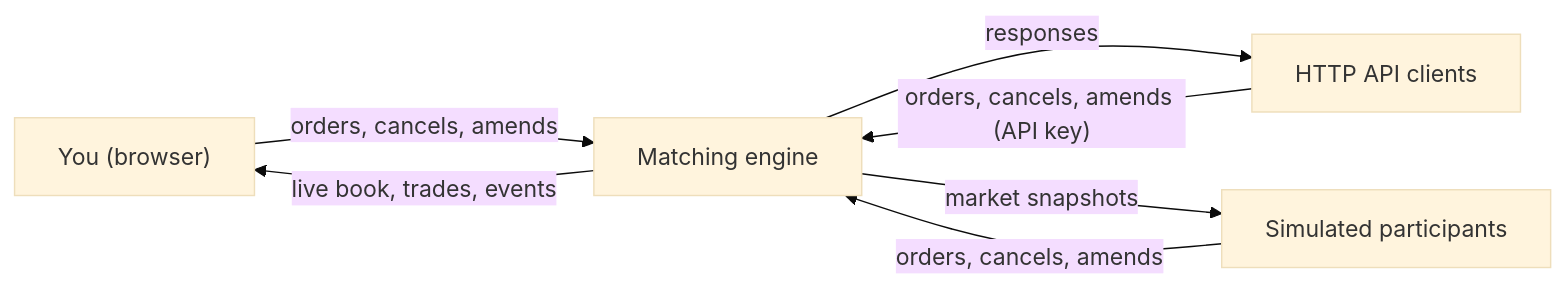
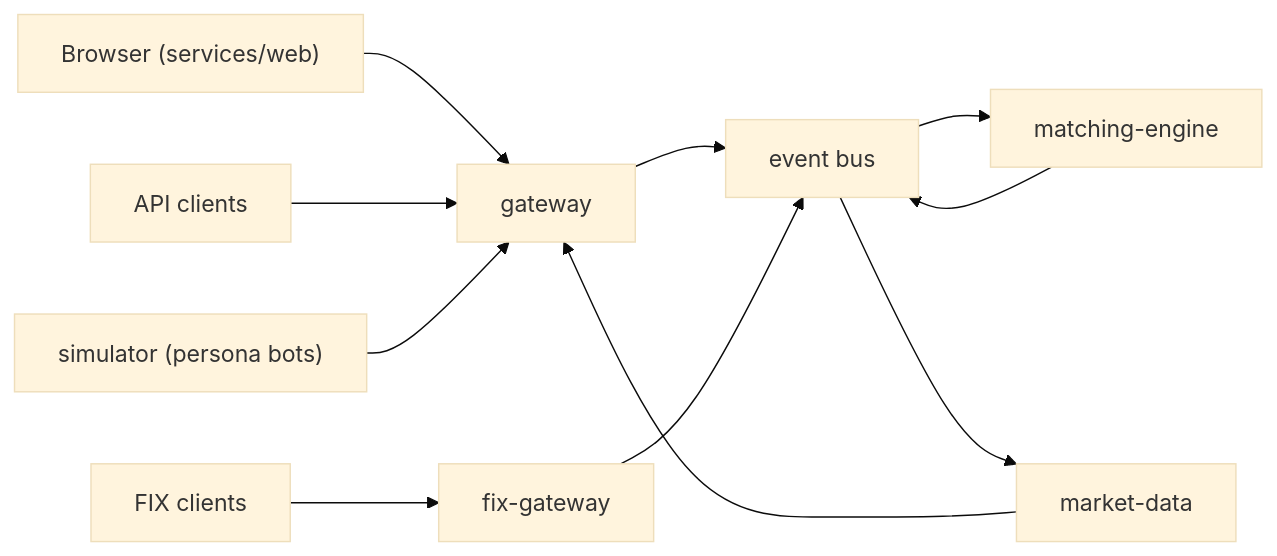
Before and after one commit to arthuryan-k/devin-demo: the diagram in README.md, drawn with Mermaid (base theme). The commit also changed other lines of this file and 1 other file, not shown here.

Commit message:
Docs: end-to-end topology, simulator and FIX gateway; drop the in-process demo

````diff
--- a/README.md
+++ b/README.md
@@ -85,9 +45,13 @@
 ```mermaid
 flowchart LR
-    U["You (browser)"] -- "orders, cancels, amends" --> E
-    A["HTTP API clients"] -- "orders, cancels, amends (API key)" --> E
-    S["Simulated participants"] -- "orders, cancels, amends" --> E
-    E["Matching engine"] -- "live book, trades, events" --> U
-    E -- "responses" --> A
-    E -- "market snapshots" --> S
+    U["Browser (services/web)"] --> GW["gateway"]
+    B["API clients"] --> GW
+    S["simulator (persona bots)"] --> GW
+    F["FIX clients"] --> FX["fix-gateway"]
+    GW --> BUS["event bus"]
+    FX --> BUS
+    BUS --> E["matching-engine"]
+    E --> BUS
+    BUS --> MD["market-data"]
+    MD --> GW
 ```
````
